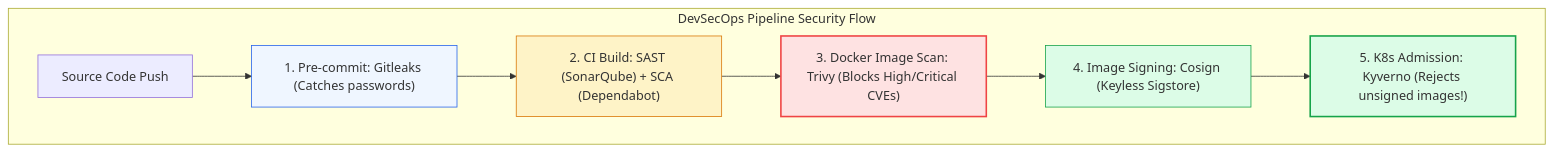
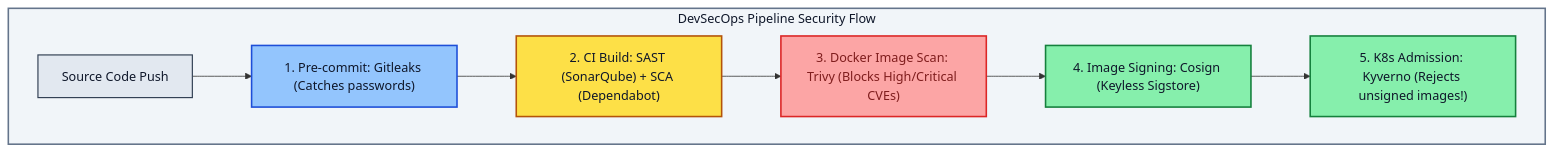
Before and after one commit to PandeyKishan/Study-Notes: the second of 2 diagrams in 04-CICD-Pipelines/03-Security-and-Best-Practices.md, drawn with Mermaid. The commit also changed other lines of this file and 22 other files, not shown here.

Commit message:
docs: enhance diagram visibility with high-contrast palette and add concise book definitions

````diff
--- a/04-CICD-Pipelines/03-Security-and-Best-Practices.md
+++ b/04-CICD-Pipelines/03-Security-and-Best-Practices.md
@@ -97,16 +104,18 @@
 ```mermaid
 flowchart TD
     subgraph Pipeline_Security["DevSecOps Pipeline Security Flow"]
         Code["Source Code Push"] --> Pre["1. Pre-commit: Gitleaks (Catches passwords)"]
         Pre --> SAST_SCA["2. CI Build: SAST (SonarQube) + SCA (Dependabot)"]
         SAST_SCA --> TrivyScan["3. Docker Image Scan: Trivy (Blocks High/Critical CVEs)"]
         TrivyScan --> Sign["4. Image Signing: Cosign (Keyless Sigstore)"]
         Sign --> K8sVerify["5. K8s Admission: Kyverno (Rejects unsigned images!)"]
     end
 
-    style Pre fill:#eff6ff,stroke:#2563eb,stroke-width:1px
-    style SAST_SCA fill:#fef3c7,stroke:#d97706,stroke-width:1px
-    style TrivyScan fill:#fee2e2,stroke:#ef4444,stroke-width:2px
-    style Sign fill:#dcfce7,stroke:#16a34a,stroke-width:1px
-    style K8sVerify fill:#dcfce7,stroke:#16a34a,stroke-width:2px
+    style Pipeline_Security fill:#f1f5f9,stroke:#64748b,stroke-width:2px,color:#0f172a
+    style Code fill:#e2e8f0,stroke:#334155,stroke-width:1.5px,color:#0f172a
+    style Pre fill:#93c5fd,stroke:#1d4ed8,stroke-width:2px,color:#0f172a
+    style SAST_SCA fill:#fde047,stroke:#b45309,stroke-width:2px,color:#0f172a
+    style TrivyScan fill:#fca5a5,stroke:#dc2626,stroke-width:2px,color:#7f1d1d
+    style Sign fill:#86efac,stroke:#15803d,stroke-width:2px,color:#0f172a
+    style K8sVerify fill:#86efac,stroke:#15803d,stroke-width:2px,color:#0f172a
 ```
````
